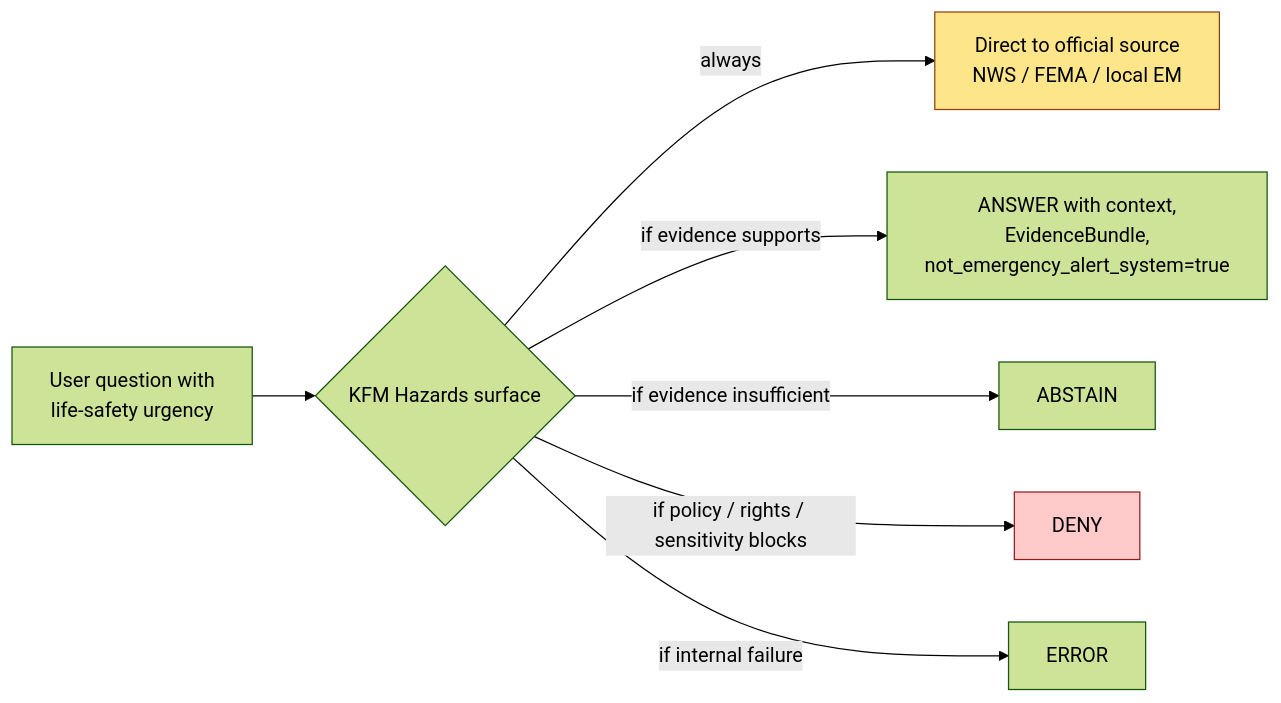
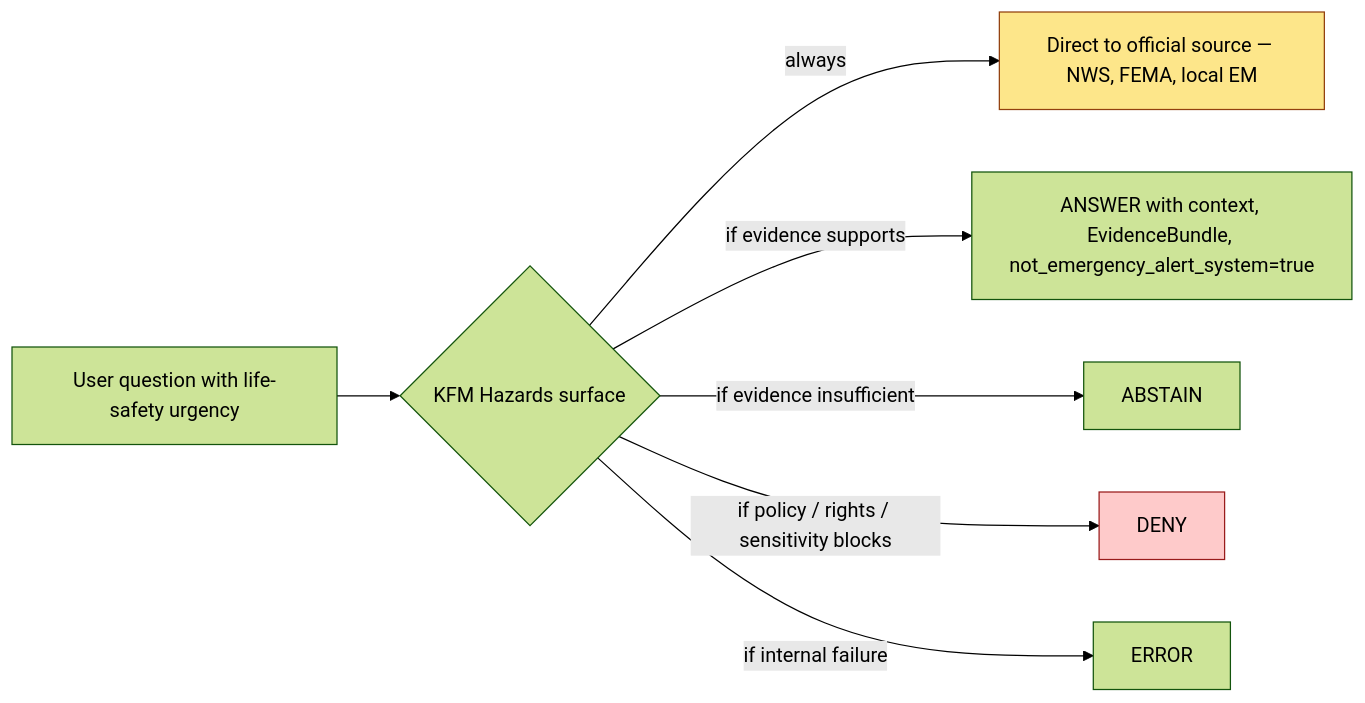
The first of 5 diagrams in docs/domains/hazards/EXPANSION_PLAN.md (bartytime4life/Kansas-Frontier-Matrix), drawn with Mermaid (forest theme) before and after one commit. The commit also changed other lines of this file, not shown here.

````diff
--- a/docs/domains/hazards/EXPANSION_PLAN.md
+++ b/docs/domains/hazards/EXPANSION_PLAN.md
@@ -106,11 +115,11 @@
 ```mermaid
 flowchart LR
-    Q[User question with<br/>life-safety urgency] --> R{KFM Hazards surface}
-    R -- always --> O[Direct to official source<br/>NWS / FEMA / local EM]
-    R -- if evidence supports --> A[ANSWER with context,<br/>EvidenceBundle,<br/>not_emergency_alert_system=true]
-    R -- if evidence insufficient --> AB[ABSTAIN]
-    R -- if policy / rights / sensitivity blocks --> D[DENY]
-    R -- if internal failure --> E[ERROR]
+    Q["User question with life-safety urgency"] --> R{"KFM Hazards surface"}
+    R -- always --> O["Direct to official source — NWS, FEMA, local EM"]
+    R -- if evidence supports --> A["ANSWER with context, EvidenceBundle, not_emergency_alert_system=true"]
+    R -- if evidence insufficient --> AB["ABSTAIN"]
+    R -- if policy / rights / sensitivity blocks --> D["DENY"]
+    R -- if internal failure --> E["ERROR"]
     style O fill:#fde68a,stroke:#92400e
     style D fill:#fecaca,stroke:#991b1b
 ```
````
